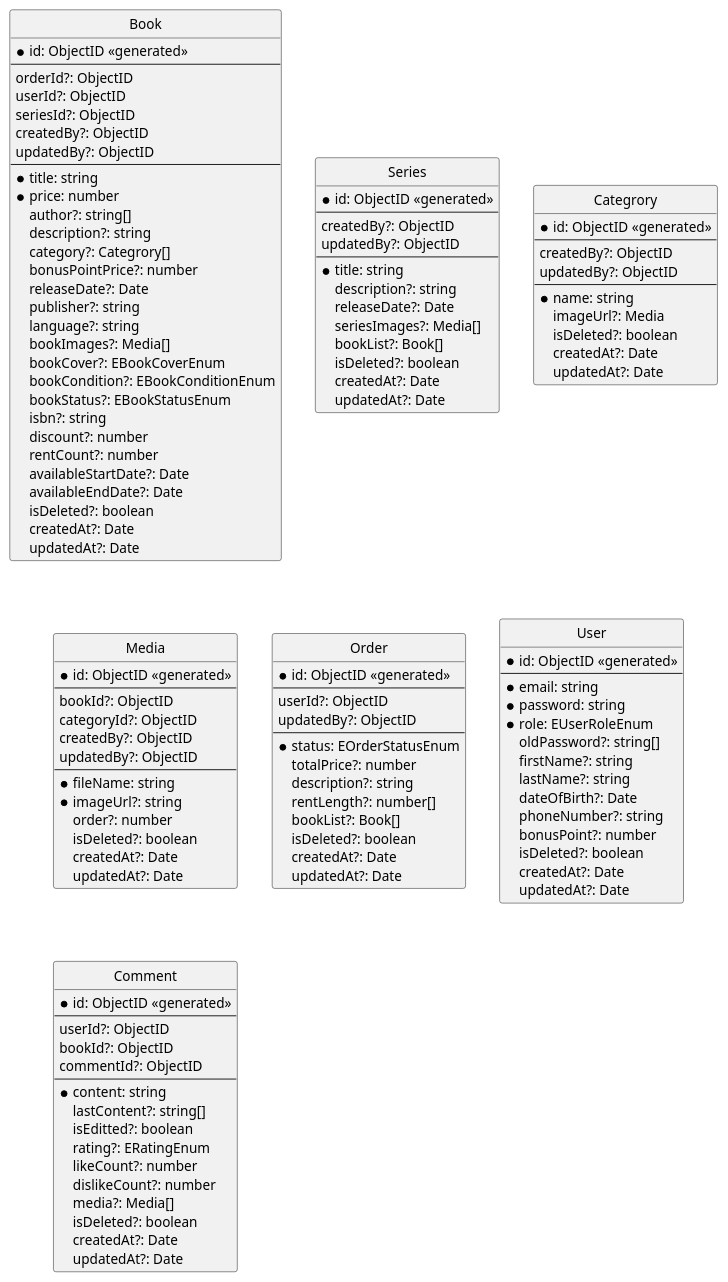
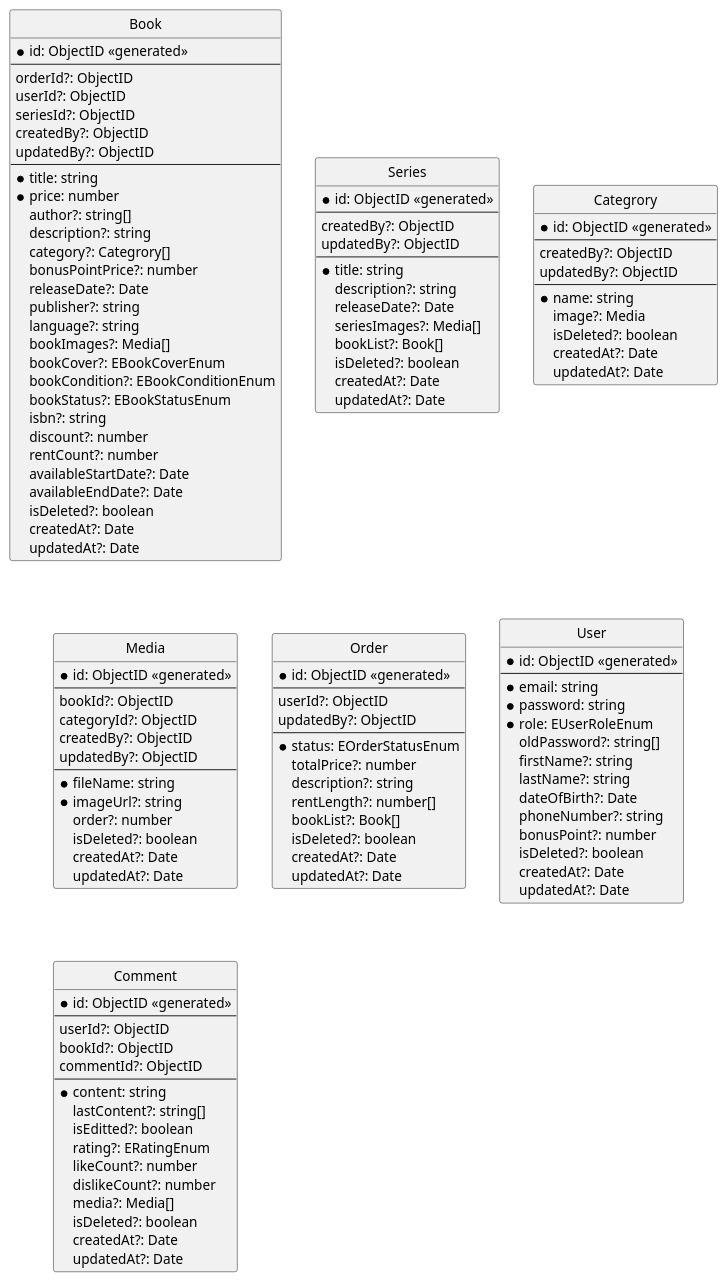
Before and after one commit to taint3110/bookshare: the diagram in docs/ERD/ERD.puml, drawn with PlantUML. The commit also changed 25 other files, not shown here.

```diff
--- a/docs/ERD/ERD.puml
+++ b/docs/ERD/ERD.puml
@@ -1,174 +1,174 @@
 @startuml BookShare Entity Relationship Diagram
 hide circle
 skinparam linetype ortho
 
 
 entity "Book" as book {
   *id: ObjectID <<generated>>
   --
   orderId?: ObjectID
   userId?: ObjectID
   seriesId?: ObjectID
   createdBy?: ObjectID
   updatedBy?: ObjectID
   --
   *title: string
   *price: number
   author?: string[]
   description?: string
   category?: Categrory[]
   bonusPointPrice?: number
   releaseDate?: Date
   publisher?: string
   language?: string
   bookImages?: Media[]
-  bookCover?: EBookCoverEnum 
+  bookCover?: EBookCoverEnum
   ' enum EBookCoverEnum {
   '   SOFT = 'soft',
   '   HARD = 'hard',
   ' }
   bookCondition?: EBookConditionEnum
   ' enum EBookConditionEnum {
   '   NEW = 'new',
   '   OLD = 'old',
   '   DAMAGED = 'damaged',
   '   LOST = 'lost',
   ' }
   bookStatus?: EBookStatusEnum
   ' enum EBookStatusEnum {
   '   AVAILABLE = 'available',
   '   UNAVAILABLE = 'unavailable',
   '   RENTED = '  ',
   ' }
   isbn?: string
   discount?: number
   rentCount?: number
   availableStartDate?: Date
   availableEndDate?: Date
   isDeleted?: boolean
   createdAt?: Date
   updatedAt?: Date
 }
 
 entity "Series" as series {
   *id: ObjectID <<generated>>
   --
   createdBy?: ObjectID
   updatedBy?: ObjectID
   --
   *title: string
   description?: string
   releaseDate?: Date
   seriesImages?: Media[]
   bookList?: Book[]
   isDeleted?: boolean
   createdAt?: Date
   updatedAt?: Date
 }
 
 
 entity "Categrory" as category {
   *id: ObjectID <<generated>>
   --
   createdBy?: ObjectID
   updatedBy?: ObjectID
   --
   *name: string
-  imageUrl?: Media
+  image?: Media
   isDeleted?: boolean
   createdAt?: Date
   updatedAt?: Date
 }
 
 entity "Media" as media {
   *id: ObjectID <<generated>>
   --
   bookId?: ObjectID
   categoryId?: ObjectID
   createdBy?: ObjectID
   updatedBy?: ObjectID
   --
   *fileName: string
   *imageUrl?: string
   order?: number
   isDeleted?: boolean
   createdAt?: Date
   updatedAt?: Date
 }
 
 
 entity "Order" as order {
   *id: ObjectID <<generated>>
   --
   userId?: ObjectID
   updatedBy?: ObjectID
   --
   *status: EOrderStatusEnum
   ' enum EApplicantStatus {
   '   NEW = 'new',
   '   READY = 'ready',
   '   DONE = 'done',
   '   FAILED = 'failed',
   '   CANCELLED = 'cancelled',
   '   RETURNED = 'returned',
   '   REFUNDED = 'refunded',
   '   OVERDUE = 'overdue',
   ' }
   totalPrice?: number
   description?: string
   rentLength?: number[]
   bookList?: Book[]
   isDeleted?: boolean
   createdAt?: Date
   updatedAt?: Date
 }
 
 entity "User" as user {
   *id: ObjectID <<generated>>
   --
   *email: string
   *password: string
   *role: EUserRoleEnum
   ' enum EUserRoleEnum {
   '   ADMIN = 'admin',
   '   CUSTOMER = 'customer',
   '   STAFF = 'staff',
   ' }
   oldPassword?: string[]
   firstName?: string
   lastName?: string
   dateOfBirth?: Date
   phoneNumber?: string
   bonusPoint?: number
   isDeleted?: boolean
   createdAt?: Date
   updatedAt?: Date
 }
 
 entity "Comment" as comment {
   *id: ObjectID <<generated>>
   --
   userId?: ObjectID
   bookId?: ObjectID
   commentId?: ObjectID
   --
   *content: string
   lastContent?: string[]
   isEditted?: boolean
-  rating?: ERatingEnum 
+  rating?: ERatingEnum
   ' ERatingEnum {
   '  ONE = 1,
   '  TWO = 2,
   '  THREE = 3,
   '  FOUR = 4,
-  '  FIVE = 5, 
+  '  FIVE = 5,
   ' }
   likeCount?: number
   dislikeCount?: number
   media?: Media[]
   isDeleted?: boolean
   createdAt?: Date
   updatedAt?: Date
 }
 
 @enduml
```
